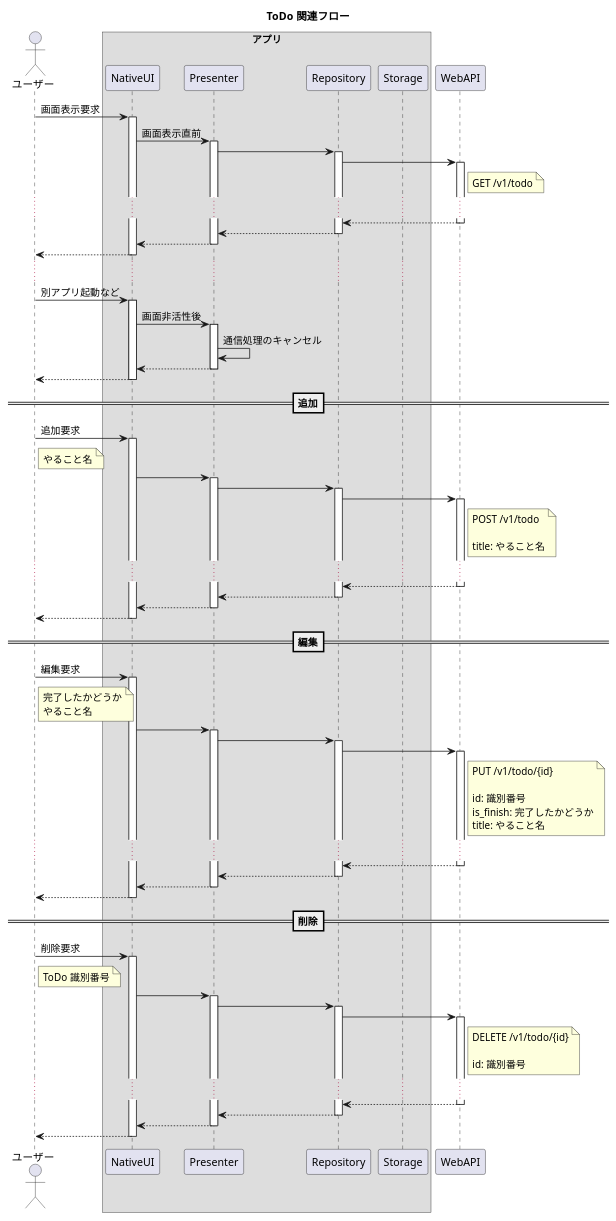
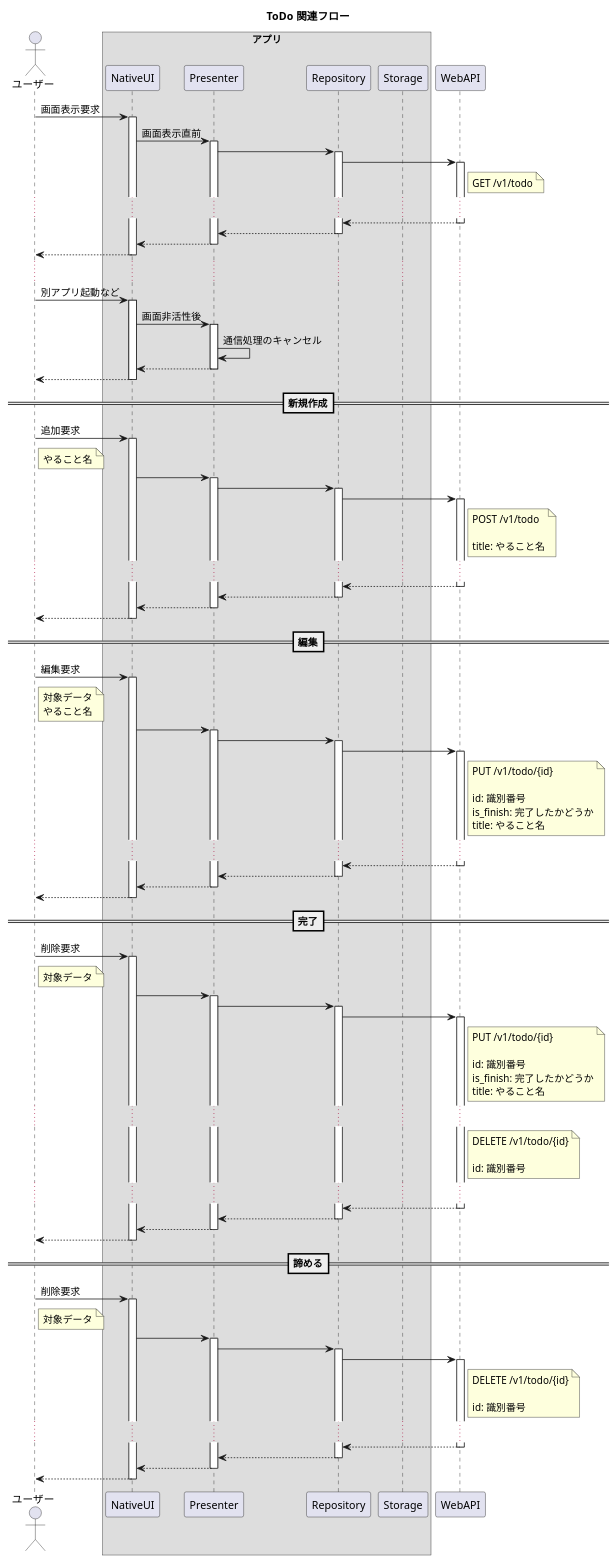
The diagram in docs/plantuml/ToDo関連フロー.plantuml (tshion/XAppRecipe), drawn with PlantUML before and after one commit. The commit also changed 4 other files, not shown here.

```diff
--- a/docs/plantuml/ToDo関連フロー.plantuml
+++ b/docs/plantuml/ToDo関連フロー.plantuml
@@ -1,135 +1,171 @@
 @startuml ToDo関連フロー
 title ToDo 関連フロー
 
 actor ユーザー as user
 box アプリ
     participant NativeUI as ui
     participant Presenter as presenter
     participant Repository as model
     participant Storage as db
 end box
 participant WebAPI as api
 
 
 user -> ui : 画面表示要求
 activate ui
 ui -> presenter : 画面表示直前
 activate presenter
 presenter -> model
 activate model
 model -> api
 activate api
 note right of api
     GET /v1/todo
 end note
 ...
 api --> model
 deactivate api
 model --> presenter
 deactivate model
 presenter --> ui
 deactivate presenter
 ui --> user
 deactivate ui
 
 ...
 
 user -> ui : 別アプリ起動など
 activate ui
 ui -> presenter : 画面非活性後
 activate presenter
 presenter -> presenter : 通信処理のキャンセル
 presenter --> ui
 deactivate presenter
 ui --> user
 deactivate ui
 
 
-==追加==
+==新規作成==
 user -> ui : 追加要求
 activate ui
 note right of user
    やること名
 end note
 ui -> presenter
 activate presenter
 presenter -> model
 activate model
 model -> api
 activate api
 note right of api
     POST /v1/todo
 
     title: やること名
 end note
 ...
 api --> model
 deactivate api
 model --> presenter
 deactivate model
 presenter --> ui
 deactivate presenter
 ui --> user
 deactivate ui
 
 
 ==編集==
 user -> ui : 編集要求
 activate ui
 note right of user
-    完了したかどうか
+    対象データ
     やること名
 end note
 ui -> presenter
 activate presenter
 presenter -> model
 activate model
 model -> api
 activate api
 note right of api
     PUT /v1/todo/{id}
 
     id: 識別番号
     is_finish: 完了したかどうか
     title: やること名
 end note
 ...
 api --> model
 deactivate api
 model --> presenter
 deactivate model
 presenter --> ui
 deactivate presenter
 ui --> user
 deactivate ui
 
 
-==削除==
+==完了==
 user -> ui : 削除要求
 activate ui
 note right of user
-    ToDo 識別番号
+    対象データ
+end note
+ui -> presenter
+activate presenter
+presenter -> model
+activate model
+model -> api
+activate api
+note right of api
+    PUT /v1/todo/{id}
+
+    id: 識別番号
+    is_finish: 完了したかどうか
+    title: やること名
+end note
+...
+note right of api
+    DELETE /v1/todo/{id}
+
+    id: 識別番号
+end note
+...
+api --> model
+deactivate api
+model --> presenter
+deactivate model
+presenter --> ui
+deactivate presenter
+ui --> user
+deactivate ui
+
+
+==諦める==
+user -> ui : 削除要求
+activate ui
+note right of user
+    対象データ
 end note
 ui -> presenter
 activate presenter
 presenter -> model
 activate model
 model -> api
 activate api
 note right of api
     DELETE /v1/todo/{id}
 
     id: 識別番号
 end note
 ...
 api --> model
 deactivate api
 model --> presenter
 deactivate model
 presenter --> ui
 deactivate presenter
 ui --> user
 deactivate ui
 
 
 @enduml
```
